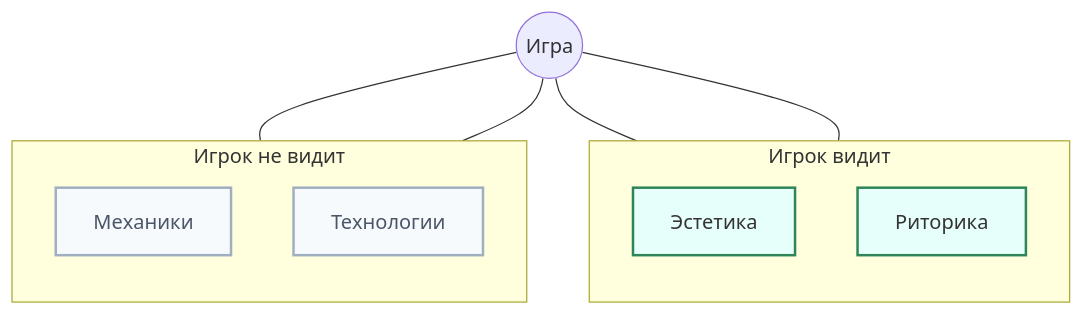
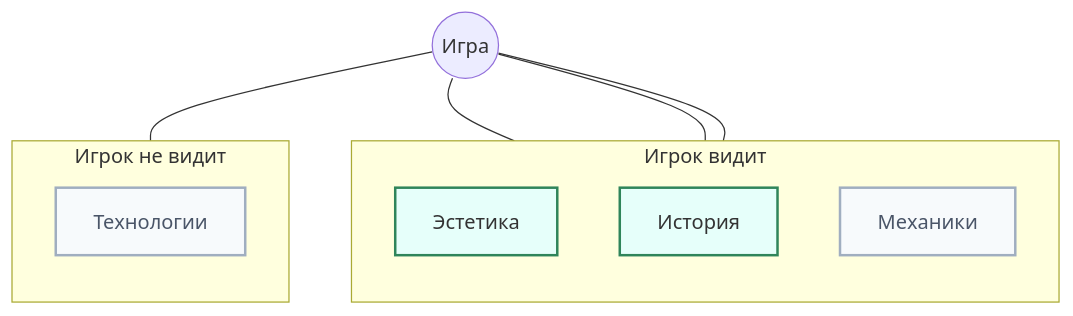
Before and after one commit to TrEtLiz/prepod: the diagram in prepod/lec1.md, drawn with Mermaid.

````diff
--- a/prepod/lec1.md
+++ b/prepod/lec1.md
@@ -187,29 +187,31 @@
 ```mermaid
 flowchart TB
     %% Горизонт видимости игрока
     subgraph VISIBLE[Игрок видит]
       direction TB
       A[Эстетика]
-      R[Риторика]
+      R[История]
+      M[Механики]
     end
 
     subgraph HIDDEN[Игрок не видит]
       direction TB
+      R[История]
       M[Механики]
       T[Технологии]
     end
 
     %% Связи от центра "Игра"
     C((Игра))
     C --- A
     C --- R
     C --- M
     C --- T
 
     %% Визуальные подсказки
     classDef seen stroke-width:2px,stroke:#2f855a,fill:#e6fffa;
     classDef hidden stroke-width:2px,stroke:#a0aec0,fill:#f7fafc,color:#4a5568;
 
     class A,R seen;
     class M,T hidden;
 ```
````
